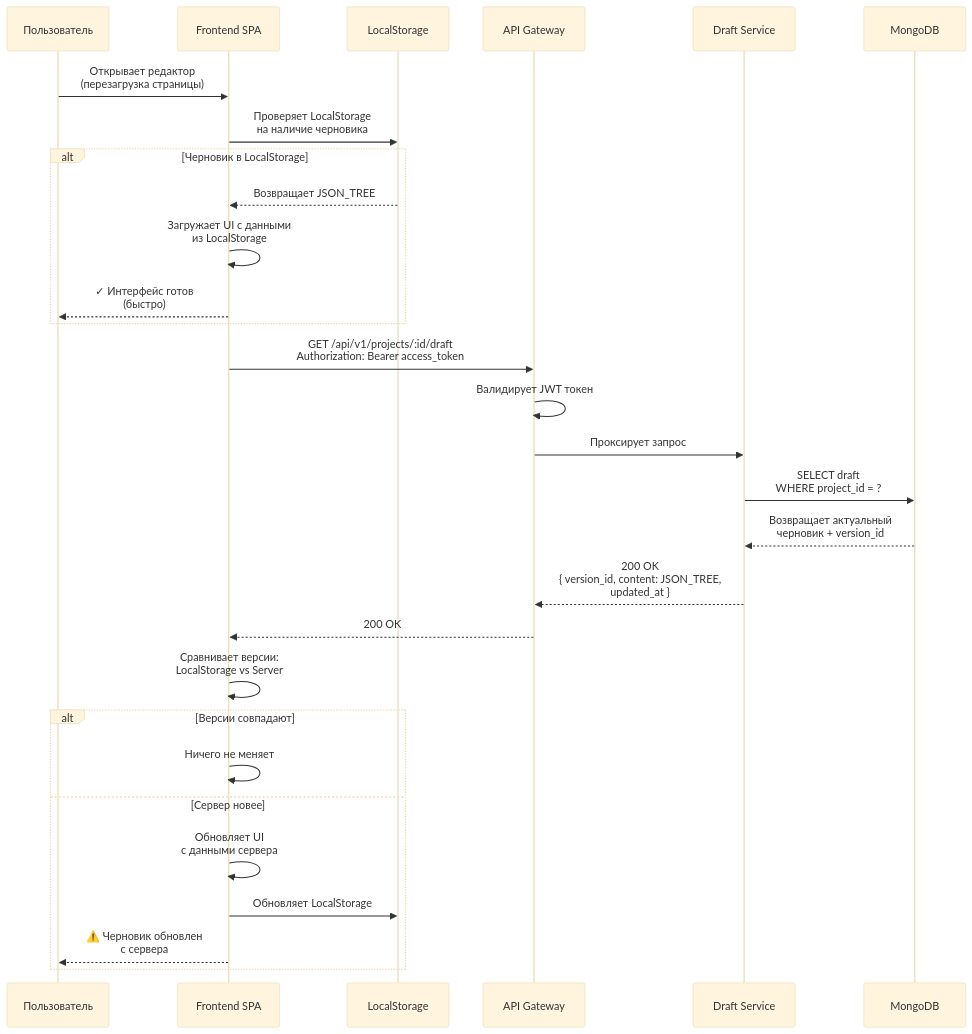
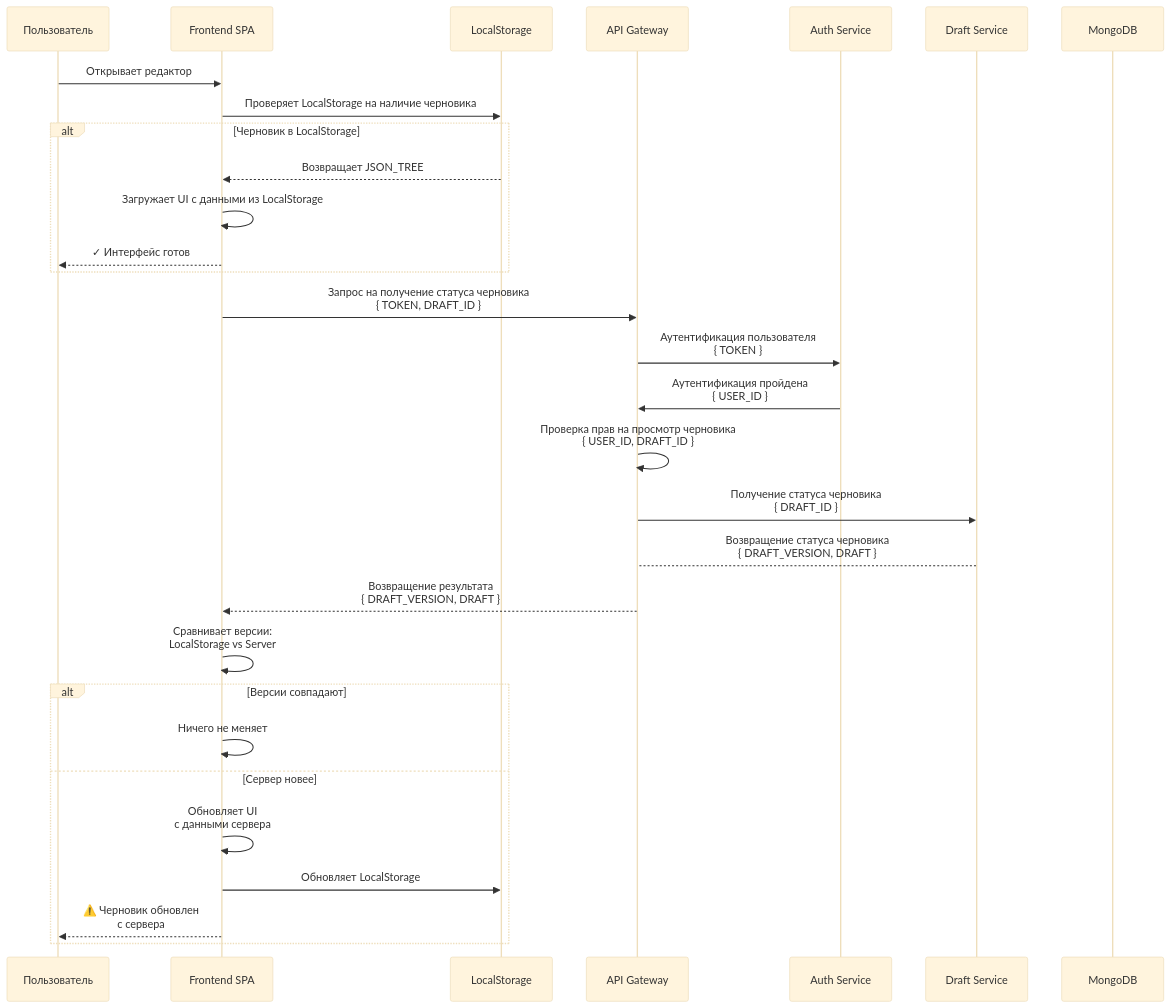
Before and after one commit to rki-mai/docs: the fourth of 4 diagrams in ADRs/Уточнения и детализация архитектуры.md, drawn with Mermaid (base theme). The commit also changed other lines of this file and 3 other files, not shown here.

````diff
--- a/ADRs/Уточнения и детализация архитектуры.md
+++ b/ADRs/Уточнения и детализация архитектуры.md
@@ -462,39 +265,37 @@
 ```mermaid
 sequenceDiagram
     participant User as Пользователь
     participant Frontend as Frontend SPA
     participant LocalStorage as LocalStorage
     participant Gateway as API Gateway
+    participant AuthService as Auth Service
     participant DraftService as Draft Service
     participant MongoDB as MongoDB
 
-    User->>Frontend: Открывает редактор<br/>(перезагрузка страницы)
-    Frontend->>LocalStorage: Проверяет LocalStorage<br/>на наличие черновика
+    User->>Frontend: Открывает редактор
+    Frontend->>LocalStorage: Проверяет LocalStorage на наличие черновика
     
     alt Черновик в LocalStorage
         LocalStorage-->>Frontend: Возвращает JSON_TREE
-        Frontend->>Frontend: Загружает UI с данными<br/>из LocalStorage
-        Frontend-->>User: ✓ Интерфейс готов<br/>(быстро)
+        Frontend->>Frontend: Загружает UI с данными из LocalStorage
+        Frontend-->>User: ✓ Интерфейс готов
     end
     
-    Frontend->>Gateway: GET /api/v1/projects/:id/draft<br/>Authorization: Bearer access_token
+    Frontend->>Gateway: Запрос на получение статуса черновика<br/>{ TOKEN, DRAFT_ID }
+    Gateway->>AuthService: Аутентификация пользователя<br/>{ TOKEN }
+    AuthService->>Gateway: Аутентификация пройдена<br/>{ USER_ID }
+    Gateway->>Gateway: Проверка прав на просмотр черновика<br/>{ USER_ID, DRAFT_ID }
     
-    Gateway->>Gateway: Валидирует JWT токен
-    Gateway->>DraftService: Проксирует запрос
-    
-    DraftService->>MongoDB: SELECT draft<br/>WHERE project_id = ?
-    MongoDB-->>DraftService: Возвращает актуальный<br/>черновик + version_id
-    
-    DraftService-->>Gateway: 200 OK<br/>{ version_id, content: JSON_TREE,<br/>updated_at }
-    Gateway-->>Frontend: 200 OK
-    
+    Gateway->>DraftService: Получение статуса черновика<br/>{ DRAFT_ID }
+    DraftService-->Gateway: Возвращение статуса черновика<br/>{ DRAFT_VERSION, DRAFT }    
+    Gateway-->>Frontend: Возвращение результата<br/>{ DRAFT_VERSION, DRAFT }
     Frontend->>Frontend: Сравнивает версии:<br/>LocalStorage vs Server
-    
+
     alt Версии совпадают
         Frontend->>Frontend: Ничего не меняет
     else Сервер новее
         Frontend->>Frontend: Обновляет UI<br/>с данными сервера
         Frontend->>LocalStorage: Обновляет LocalStorage
         Frontend-->>User: ⚠️ Черновик обновлен<br/>с сервера
     end
 ```
````
